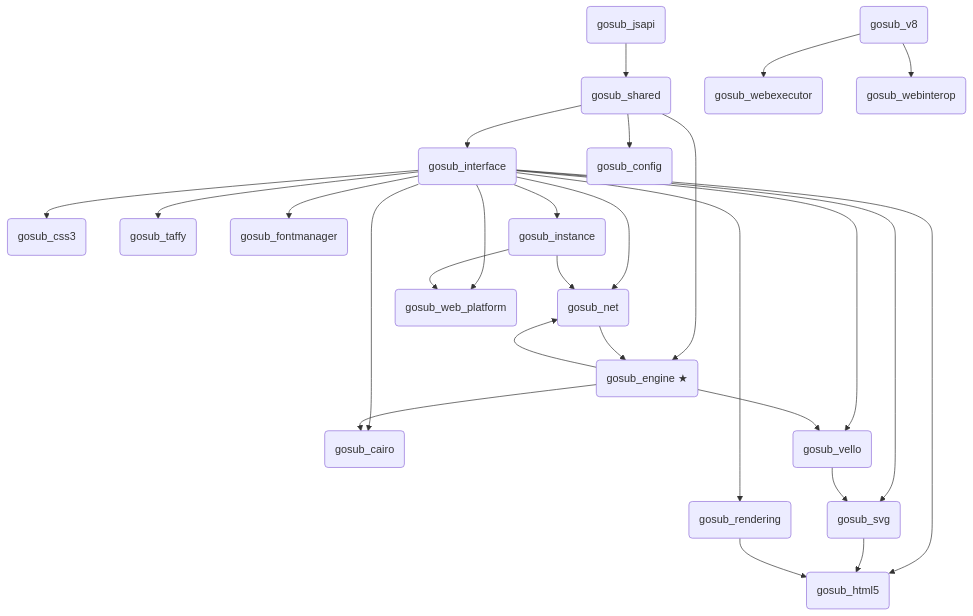
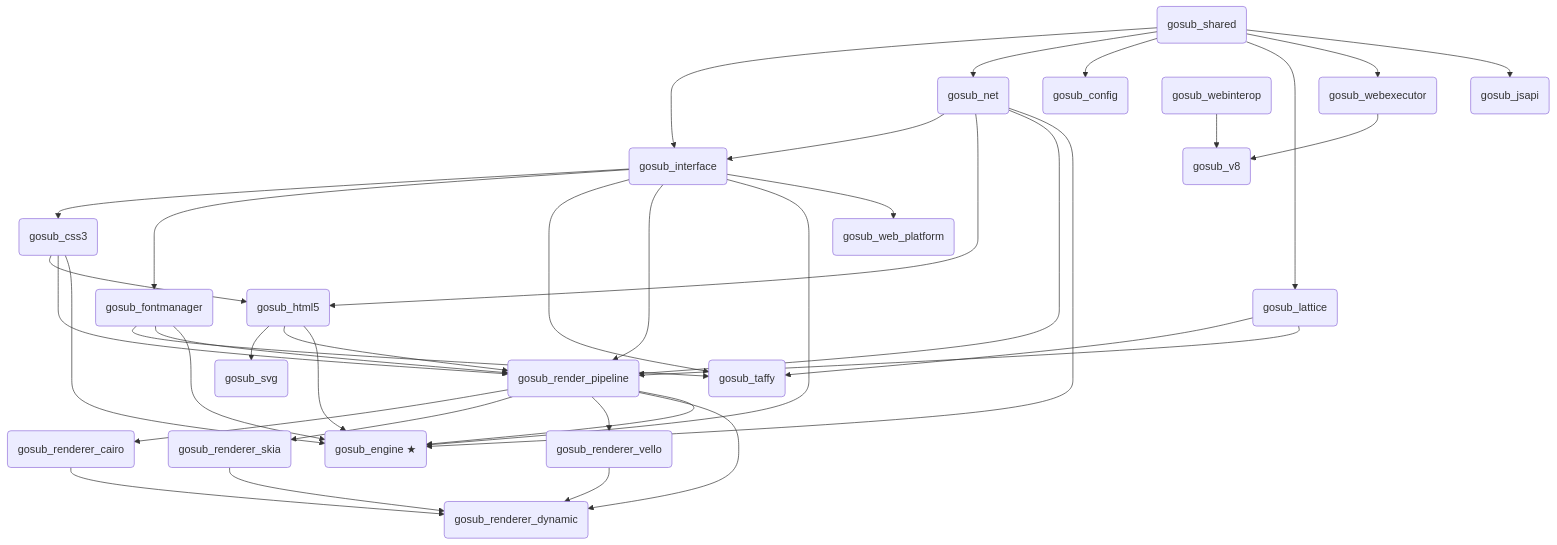
Before and after one commit to gosub-io/gosub-engine: the diagram in docs/crates.md, drawn with Mermaid. The commit also changed other lines of this file and 8 other files, not shown here.

````diff
--- a/docs/crates.md
+++ b/docs/crates.md
@@ -114,49 +131,66 @@
 ```mermaid
 flowchart TD
     shared("gosub_shared")
     interface("gosub_interface")
     config("gosub_config")
+    net("gosub_net")
+    css3("gosub_css3")
+    html5("gosub_html5")
+    svg("gosub_svg")
+    lattice("gosub_lattice")
+    fontmgr("gosub_fontmanager")
+    taffy("gosub_taffy")
+    pipeline("gosub_render_pipeline")
+    cairo("gosub_renderer_cairo")
+    skia("gosub_renderer_skia")
+    vello("gosub_renderer_vello")
+    dynamic("gosub_renderer_dynamic")
     engine("gosub_engine ★")
-    net("gosub_net")
-    html5("gosub_html5")
-    css3("gosub_css3")
-    taffy("gosub_taffy")
-    rendering("gosub_rendering")
-    fontmgr("gosub_fontmanager")
-    svg("gosub_svg")
-    cairo("gosub_cairo")
-    vello("gosub_vello")
     v8("gosub_v8")
     webexec("gosub_webexecutor")
     webinterop("gosub_webinterop")
     jsapi("gosub_jsapi")
-    instance("gosub_instance")
     webplatform("gosub_web_platform")
 
     shared --> interface
+    net --> interface
+    shared --> net
     shared --> config
-    shared --> engine
-    interface --> net
+    interface --> css3
+    css3 --> html5
+    net --> html5
+    html5 --> svg
+    shared --> lattice
+    interface --> fontmgr
+    lattice --> taffy
+    fontmgr --> taffy
+    interface --> taffy
+
+    interface --> pipeline
+    fontmgr --> pipeline
+    lattice --> pipeline
+    html5 --> pipeline
+    css3 --> pipeline
+    net --> pipeline
+
+    pipeline --> cairo
+    pipeline --> skia
+    pipeline --> vello
+    pipeline --> dynamic
+    cairo --> dynamic
+    skia --> dynamic
+    vello --> dynamic
+
+    html5 --> engine
+    css3 --> engine
     net --> engine
-    interface --> fontmgr
-    interface --> html5
-    interface --> css3
-    interface --> taffy
-    interface --> rendering
-    interface --> svg
-    interface --> cairo
-    interface --> vello
-    interface --> instance
+    interface --> engine
+    fontmgr --> engine
+    pipeline --> engine
+
+    shared --> webexec
+    webexec --> v8
+    webinterop --> v8
+    shared --> jsapi
     interface --> webplatform
-    engine --> cairo
-    engine --> vello
-    engine --> net
-    svg --> html5
-    rendering --> html5
-    vello --> svg
-    v8 --> webexec
-    v8 --> webinterop
-    jsapi --> shared
-    instance --> net
-    instance --> webplatform
 ```
````
